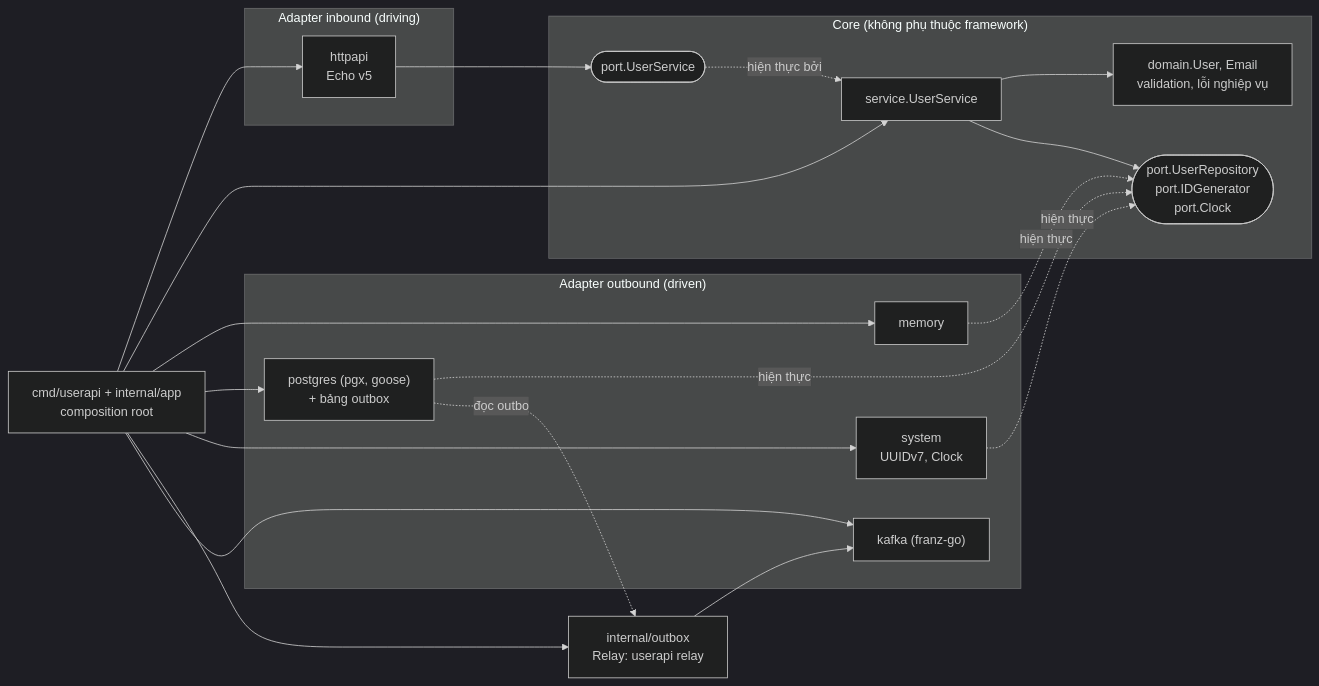
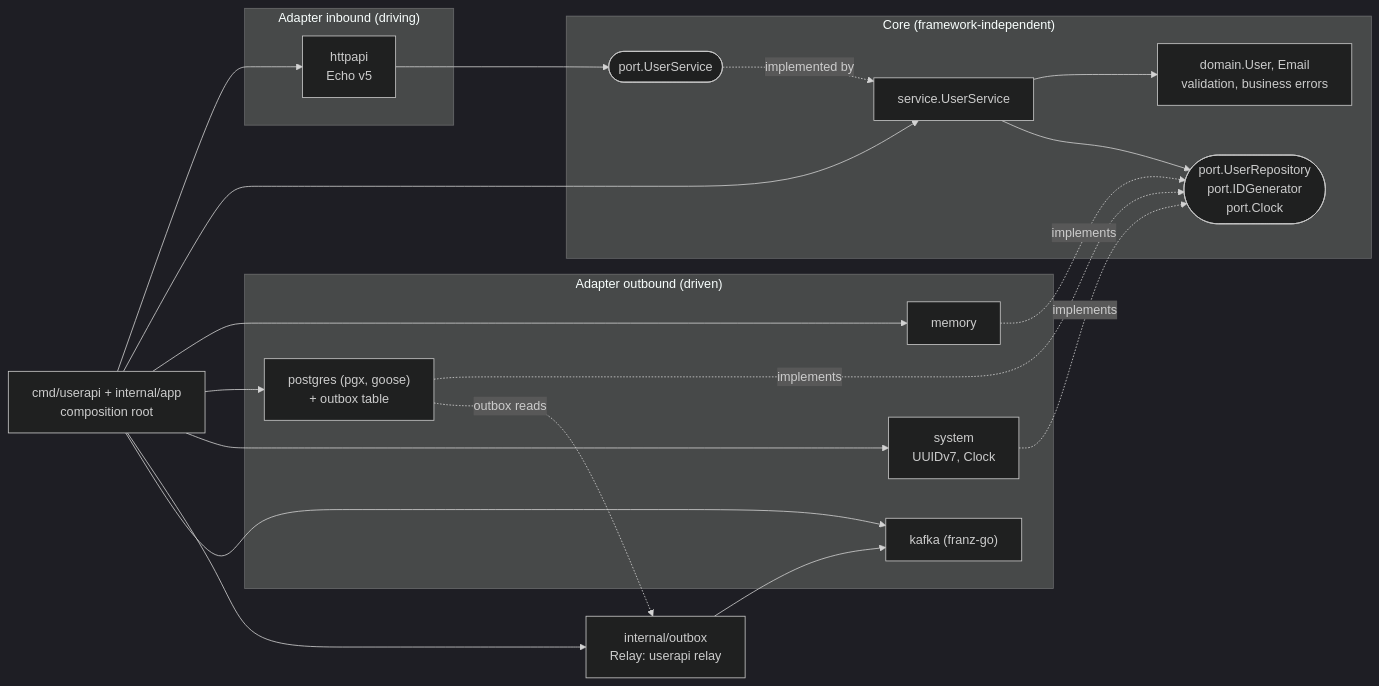
Before and after one commit to lannguyenit598/go-hexa-template: the diagram in docs/architecture.md, drawn with Mermaid (dark theme). The commit also changed other lines of this file and 69 other files, not shown here.

````diff
--- a/docs/architecture.md
+++ b/docs/architecture.md
@@ -7,29 +7,29 @@
 ```mermaid
 flowchart LR
     subgraph Inbound["Adapter inbound (driving)"]
         HTTP["httpapi<br/>Echo v5"]
     end
-    subgraph Core["Core (không phụ thuộc framework)"]
+    subgraph Core["Core (framework-independent)"]
         IP(["port.UserService"])
         SVC["service.UserService"]
-        DOM["domain.User, Email<br/>validation, lỗi nghiệp vụ"]
+        DOM["domain.User, Email<br/>validation, business errors"]
         OP(["port.UserRepository<br/>port.IDGenerator<br/>port.Clock"])
     end
     subgraph Outbound["Adapter outbound (driven)"]
         MEM["memory"]
-        PG["postgres (pgx, goose)<br/>+ bảng outbox"]
+        PG["postgres (pgx, goose)<br/>+ outbox table"]
         SYS["system<br/>UUIDv7, Clock"]
         KAFKA["kafka (franz-go)"]
     end
     RELAY["internal/outbox<br/>Relay: userapi relay"]
     HTTP --> IP
-    IP -.hiện thực bởi.-> SVC
+    IP -.implemented by.-> SVC
     SVC --> DOM
     SVC --> OP
-    MEM -.hiện thực.-> OP
-    PG -.hiện thực.-> OP
-    SYS -.hiện thực.-> OP
-    PG -.đọc outbox.-> RELAY
+    MEM -.implements.-> OP
+    PG -.implements.-> OP
+    SYS -.implements.-> OP
+    PG -.outbox reads.-> RELAY
     RELAY --> KAFKA
     ROOT["cmd/userapi + internal/app<br/>composition root"] --> HTTP & SVC & MEM & PG & SYS & RELAY & KAFKA
 ```
````
